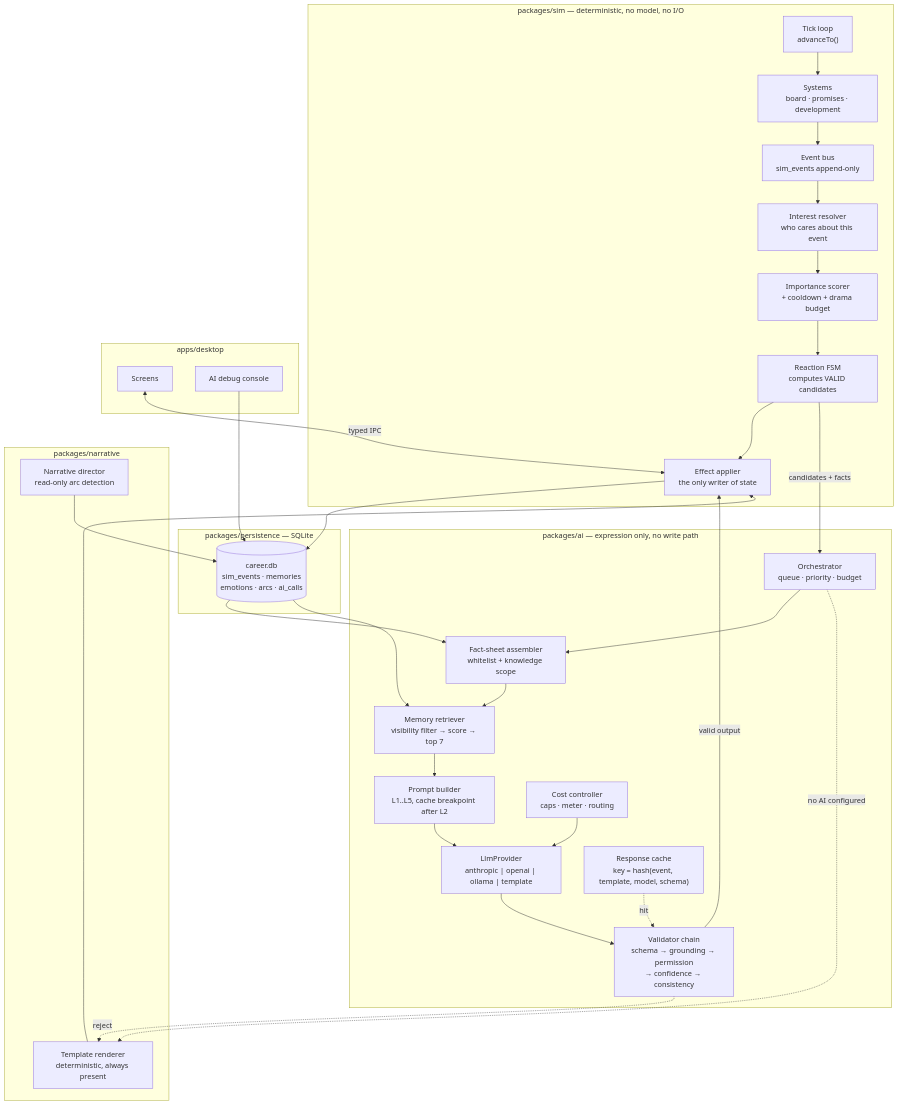
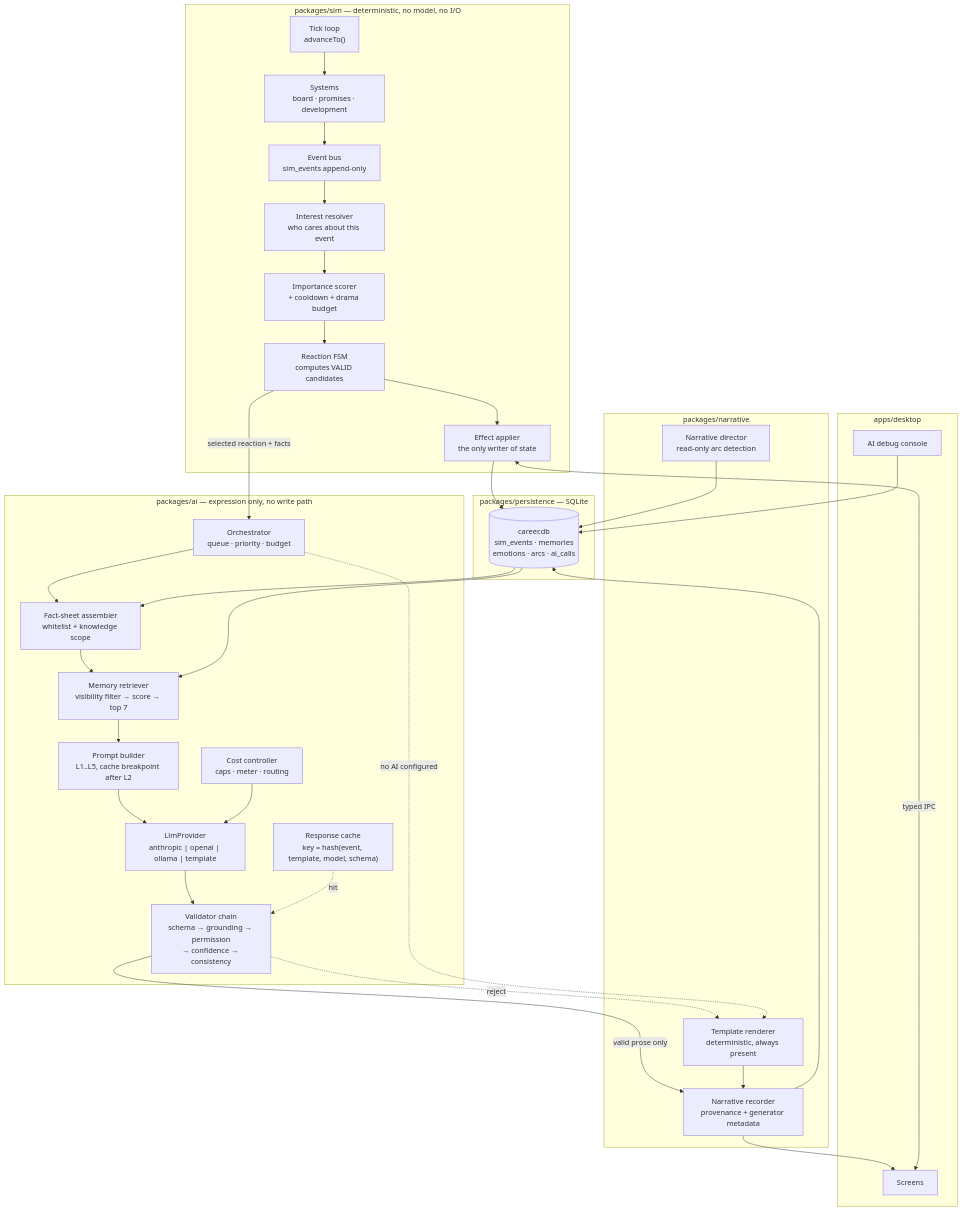
The first of 4 diagrams in docs/17-ai-architecture-and-schema.md (DanKuchin/FC-LINK-AI), drawn with Mermaid before and after one commit. The commit also changed other lines of this file and 15 other files, not shown here.

````diff
--- a/docs/17-ai-architecture-and-schema.md
+++ b/docs/17-ai-architecture-and-schema.md
@@ -7,53 +7,56 @@
 ```mermaid
 flowchart TB
     subgraph SIM["packages/sim — deterministic, no model, no I/O"]
         TICK["Tick loop<br/>advanceTo()"]
         SYS["Systems<br/>board · promises · development"]
         BUS["Event bus<br/>sim_events append-only"]
         INT["Interest resolver<br/>who cares about this event"]
         SCORE["Importance scorer<br/>+ cooldown + drama budget"]
         FSM["Reaction FSM<br/>computes VALID candidates"]
         EFF["Effect applier<br/>the only writer of state"]
         TICK --> SYS --> BUS --> INT --> SCORE --> FSM --> EFF
     end
 
     subgraph AI["packages/ai — expression only, no write path"]
         ORCH["Orchestrator<br/>queue · priority · budget"]
         FACTS["Fact-sheet assembler<br/>whitelist + knowledge scope"]
         MEM["Memory retriever<br/>visibility filter → score → top 7"]
         PROMPT["Prompt builder<br/>L1..L5, cache breakpoint after L2"]
         PROV["LlmProvider<br/>anthropic | openai | ollama | template"]
         VAL["Validator chain<br/>schema → grounding → permission<br/>→ confidence → consistency"]
         CACHE["Response cache<br/>key = hash(event, template, model, schema)"]
         COST["Cost controller<br/>caps · meter · routing"]
         ORCH --> FACTS --> MEM --> PROMPT --> PROV --> VAL
         CACHE -.hit.-> VAL
         COST --> PROV
     end
 
     subgraph NARR["packages/narrative"]
         TPL["Template renderer<br/>deterministic, always present"]
         ARC["Narrative director<br/>read-only arc detection"]
+        REC["Narrative recorder<br/>provenance + generator metadata"]
     end
 
     subgraph STORE["packages/persistence — SQLite"]
         DB[("career.db<br/>sim_events · memories<br/>emotions · arcs · ai_calls")]
     end
 
     subgraph UI["apps/desktop"]
         SCREENS["Screens"]
         DEBUG["AI debug console"]
     end
 
-    FSM -->|candidates + facts| ORCH
-    VAL -->|valid output| EFF
+    FSM -->|selected reaction + facts| ORCH
+    VAL -->|valid prose only| REC
     VAL -.reject.-> TPL
-    TPL --> EFF
+    TPL --> REC
     ORCH -.no AI configured.-> TPL
     EFF --> DB
+    REC --> DB
+    REC --> SCREENS
     ARC --> DB
     DB --> FACTS
     DB --> MEM
     SCREENS <-->|typed IPC| EFF
     DEBUG --> DB
 ```
````
